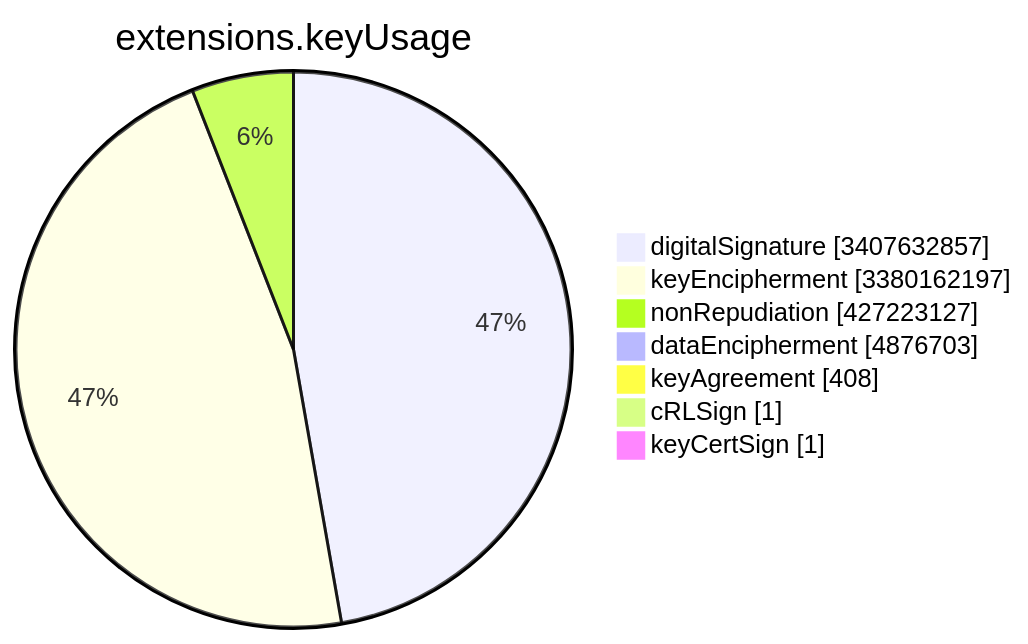
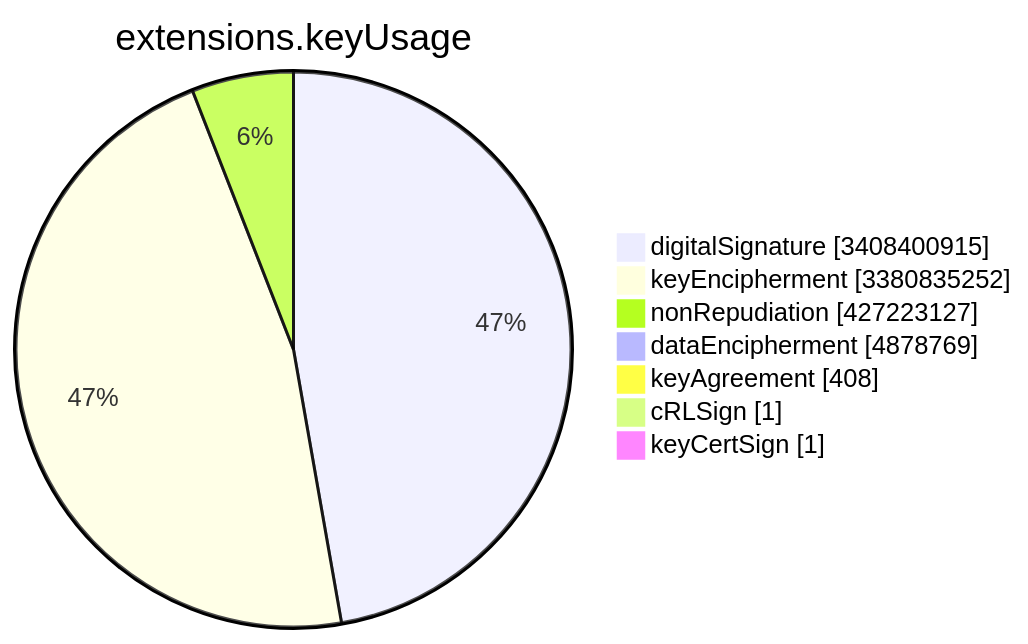
Before and after one commit to christiankrug/ctmonitor_visualization: the sixth of 15 diagrams in TOTAL/README.md, drawn with Mermaid. The commit also changed other lines of this file, not shown here.

````diff
--- a/TOTAL/README.md
+++ b/TOTAL/README.md
@@ -3081,11 +3081,11 @@
 ```mermaid
 pie showData
 title extensions.keyUsage
-"digitalSignature" :3407632857
-"keyEncipherment" :3380162197
+"digitalSignature" :3408400915
+"keyEncipherment" :3380835252
 "nonRepudiation" :427223127
-"dataEncipherment" :4876703
+"dataEncipherment" :4878769
 "keyAgreement" :408
 "cRLSign" :1
 "keyCertSign" :1
 ```
````
